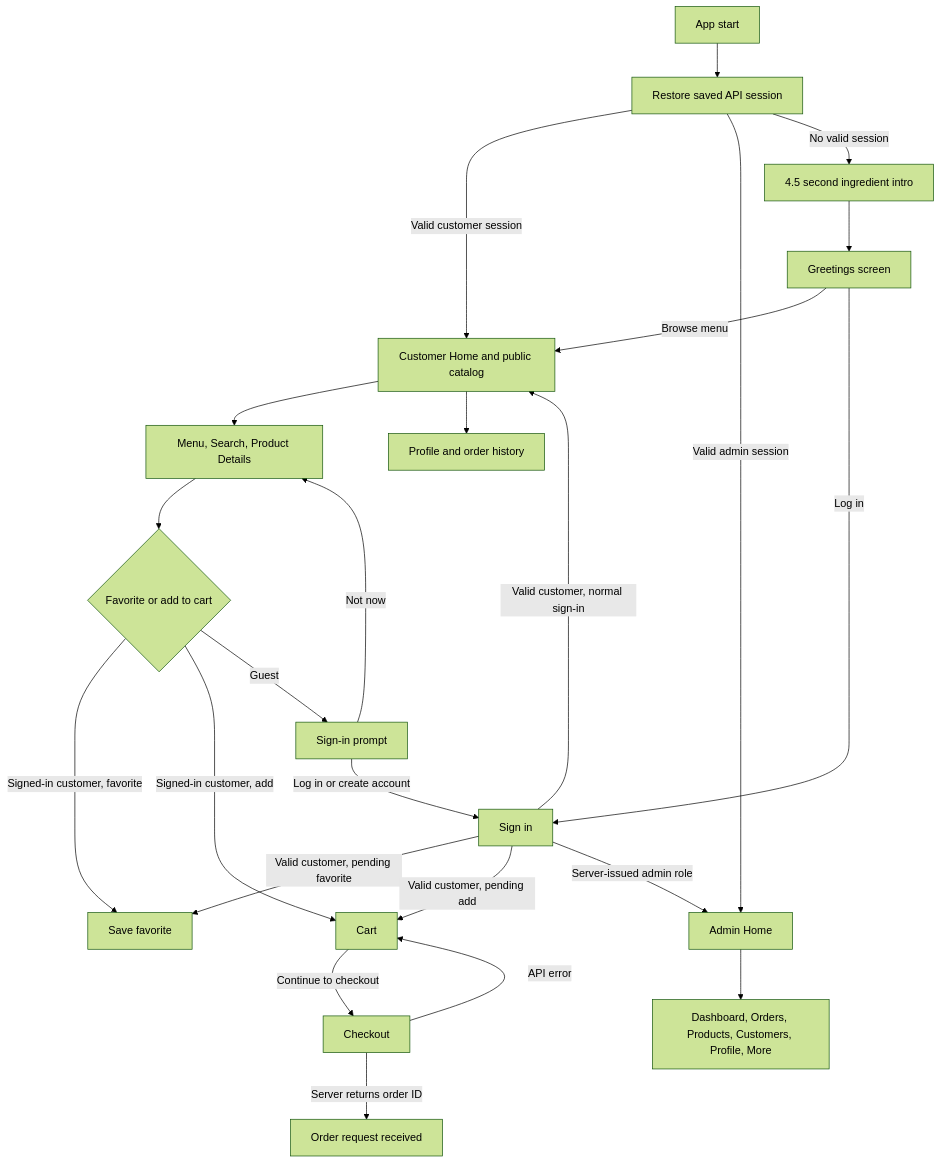
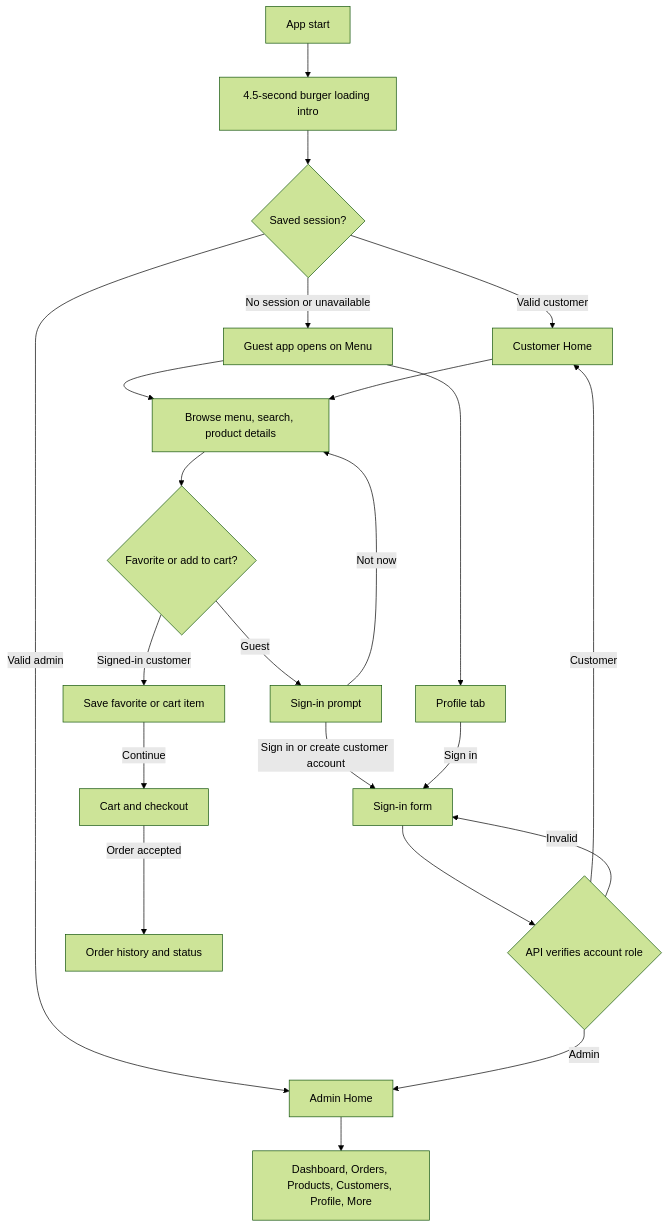
One commit to EARL146/app- changed the diagram in docs/SCREEN_FLOW.md. Above: the diagram before and after it, drawn with Mermaid (forest theme). The commit also changed other lines of this file and 10 other files, not shown here.

Commit message:
Checkpoint guest-first menu and profile sign-in baseline

````diff
--- a/docs/SCREEN_FLOW.md
+++ b/docs/SCREEN_FLOW.md
@@ -5,26 +5,24 @@
 ```mermaid
 flowchart TD
-    A[App start] --> B[Restore saved API session]
-    B -->|Valid customer session| G[Customer Home and public catalog]
-    B -->|Valid admin session| H[Admin Home]
-    B -->|No valid session| C[4.5 second ingredient intro]
-    C --> D[Greetings screen]
-    D -->|Browse menu| G
-    D -->|Log in| E[Sign in]
-    G --> I[Menu, Search, Product Details]
-    I --> J{Favorite or add to cart}
-    J -->|Signed-in customer, favorite| K[Save favorite]
-    J -->|Signed-in customer, add| M[Cart]
-    J -->|Guest| L[Sign-in prompt]
-    L -->|Log in or create account| E
-    L -->|Not now| I
-    E -->|Valid customer, pending favorite| K
-    E -->|Valid customer, pending add| M
-    E -->|Valid customer, normal sign-in| G
-    E -->|Server-issued admin role| H
-    M -->|Continue to checkout| N[Checkout]
-    N -->|Server returns order ID| O[Order request received]
-    N -->|API error| M
-    G --> P[Profile and order history]
-    H --> Q[Dashboard, Orders, Products, Customers, Profile, More]
+    A[App start] --> B[4.5-second burger loading intro]
+    B --> C{Saved session?}
+    C -->|Valid customer| D[Customer Home]
+    C -->|Valid admin| E[Admin Home]
+    C -->|No session or unavailable| F[Guest app opens on Menu]
+    F --> G[Browse menu, search, product details]
+    D --> G
+    G --> H{Favorite or add to cart?}
+    H -->|Signed-in customer| I[Save favorite or cart item]
+    H -->|Guest| J[Sign-in prompt]
+    J -->|Sign in or create customer account| K[Sign-in form]
+    J -->|Not now| G
+    F --> L[Profile tab]
+    L -->|Sign in| K
+    K --> M{API verifies account role}
+    M -->|Customer| D
+    M -->|Admin| E
+    M -->|Invalid| K
+    I -->|Continue| N[Cart and checkout]
+    E --> O[Dashboard, Orders, Products, Customers, Profile, More]
+    N -->|Order accepted| P[Order history and status]
 ```
````
